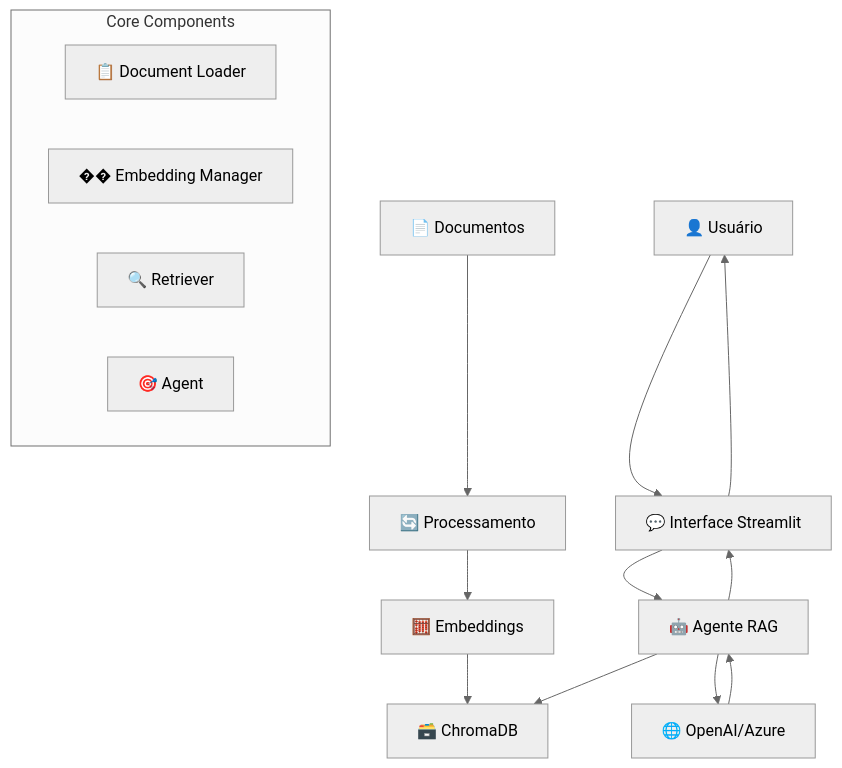
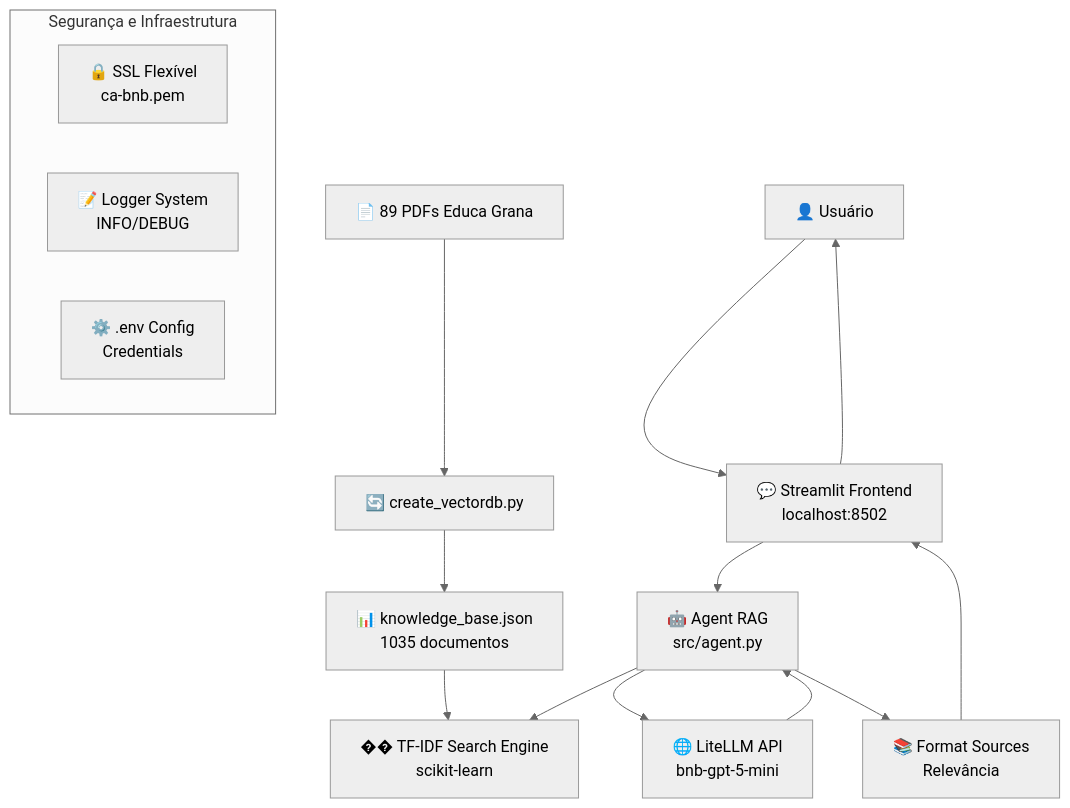
The diagram in README.old.md (esantanap/Educa-Grana), drawn with Mermaid (neutral theme) before and after one commit. The commit also changed other lines of this file and 1 other file, not shown here.

````diff
--- a/README.old.md
+++ b/README.old.md
@@ -43,21 +68,21 @@
 ```mermaid
 graph TB
-    A[📄 Documentos] --> B[🔄 Processamento]
-    B --> C[🧮 Embeddings]
-    C --> D[🗃️ ChromaDB]
+    A[📄 89 PDFs Educa Grana] --> B[🔄 create_vectordb.py]
+    B --> C[📊 knowledge_base.json<br/>1035 documentos]
+    C --> D[�� TF-IDF Search Engine<br/>scikit-learn]
     
-    E[👤 Usuário] --> F[💬 Interface Streamlit]
-    F --> G[🤖 Agente RAG]
+    E[👤 Usuário] --> F[💬 Streamlit Frontend<br/>localhost:8502]
+    F --> G[🤖 Agent RAG<br/>src/agent.py]
     G --> D
-    G --> H[🌐 OpenAI/Azure]
+    G --> H[🌐 LiteLLM API<br/>bnb-gpt-5-mini]
     H --> G
-    G --> F
+    G --> I[📚 Format Sources<br/>Relevância]
+    I --> F
     F --> E
     
-    subgraph "Core Components"
-        I[📋 Document Loader]
-        J[�� Embedding Manager]
-        K[🔍 Retriever]
-        L[🎯 Agent]
+    subgraph "Segurança e Infraestrutura"
+        J[🔒 SSL Flexível<br/>ca-bnb.pem]
+        K[📝 Logger System<br/>INFO/DEBUG]
+        L[⚙️ .env Config<br/>Credentials]
     end
 ```
````
